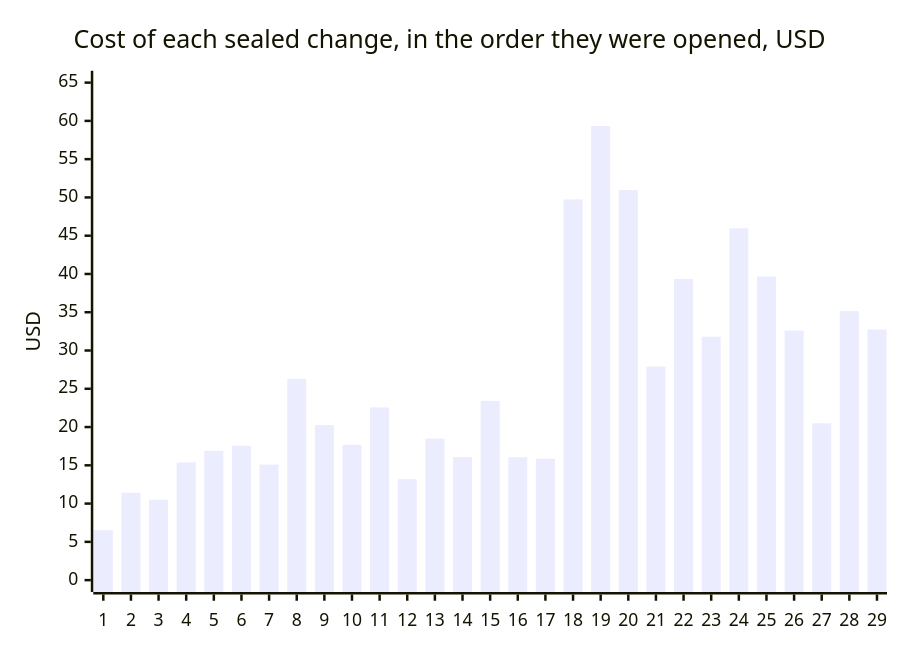
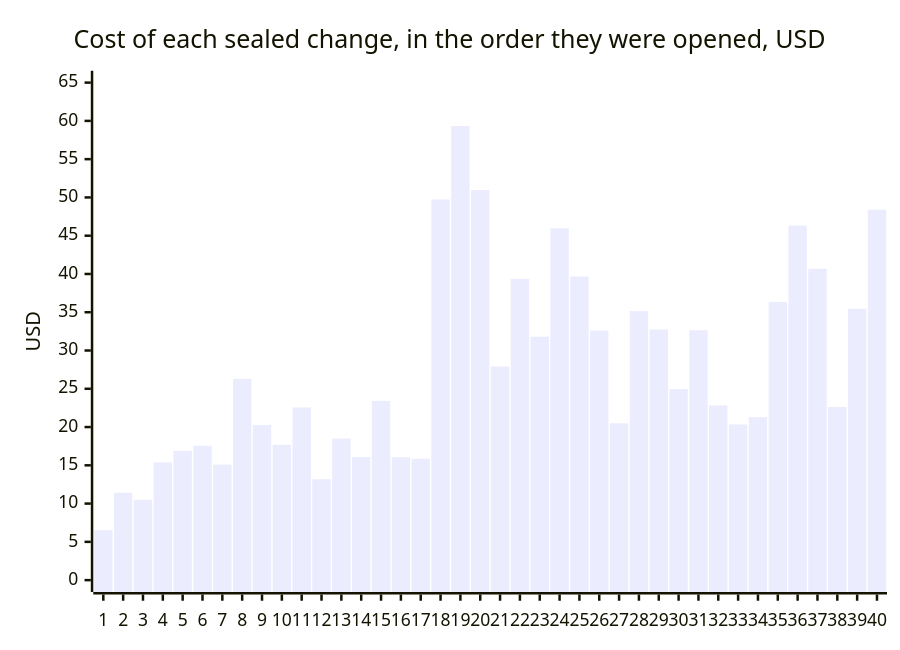
The second of 3 diagrams in docs/build_cost.md (eyalgo/ka-reader), drawn with Mermaid before and after one commit. The commit also changed other lines of this file, not shown here.

````diff
--- a/docs/build_cost.md
+++ b/docs/build_cost.md
@@ -99,7 +103,7 @@
 ```mermaid
 xychart-beta
     title "Cost of each sealed change, in the order they were opened, USD"
-    x-axis ["1", "2", "3", "4", "5", "6", "7", "8", "9", "10", "11", "12", "13", "14", "15", "16", "17", "18", "19", "20", "21", "22", "23", "24", "25", "26", "27", "28", "29"]
+    x-axis ["1", "2", "3", "4", "5", "6", "7", "8", "9", "10", "11", "12", "13", "14", "15", "16", "17", "18", "19", "20", "21", "22", "23", "24", "25", "26", "27", "28", "29", "30", "31", "32", "33", "34", "35", "36", "37", "38", "39", "40"]
     y-axis "USD" 0 --> 65
-    bar [6.53, 11.42, 10.5, 15.38, 16.89, 17.56, 15.09, 26.3, 20.27, 17.68, 22.56, 13.18, 18.49, 16.09, 23.41, 16.05, 15.86, 49.74, 59.33, 50.96, 27.91, 39.34, 31.81, 45.97, 39.67, 32.61, 20.49, 35.15, 32.75]
+    bar [6.53, 11.42, 10.5, 15.38, 16.89, 17.56, 15.09, 26.3, 20.27, 17.68, 22.56, 13.18, 18.49, 16.09, 23.41, 16.05, 15.86, 49.74, 59.33, 50.96, 27.91, 39.34, 31.81, 45.97, 39.67, 32.61, 20.49, 35.15, 32.75, 24.96, 32.65, 22.83, 20.34, 21.29, 36.35, 46.32, 40.68, 22.62, 35.46, 48.4]
 ```
````
